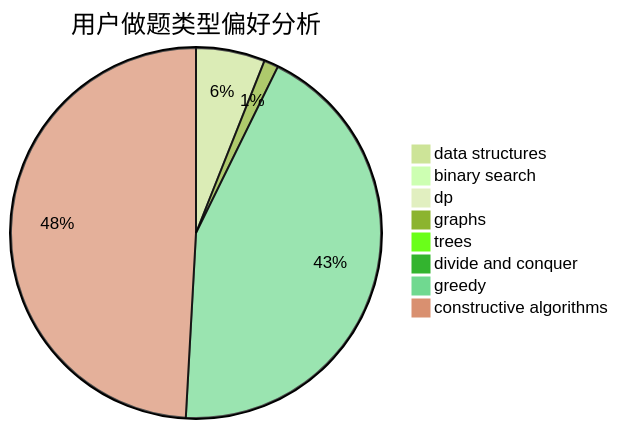
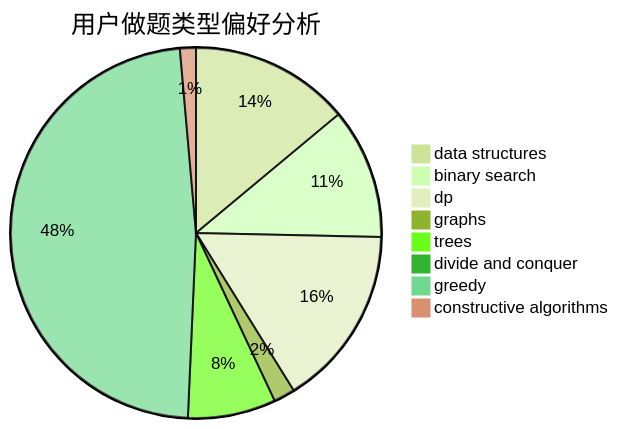
The second of 3 diagrams in docs/user/u2100.md (sherpahu/cfrs.github.io), drawn with Mermaid (forest theme) before and after one commit. The commit also changed other lines of this file and 2770 other files, not shown here.

````diff
--- a/docs/user/u2100.md
+++ b/docs/user/u2100.md
@@ -23,11 +23,11 @@
 ```mermaid
 pie title 用户做题类型偏好分析
-    "data structures" :  72
-    "binary search" :  11
-    "dp" :  9
-    "graphs" :  15
-    "trees" :  1
+    "data structures" :  60
+    "binary search" :  49
+    "dp" :  68
+    "graphs" :  8
+    "trees" :  33
     "divide and conquer" :  1
-    "greedy" :  521
-    "constructive algorithms" :  587
+    "greedy" :  206
+    "constructive algorithms" :  6
 ```
````
